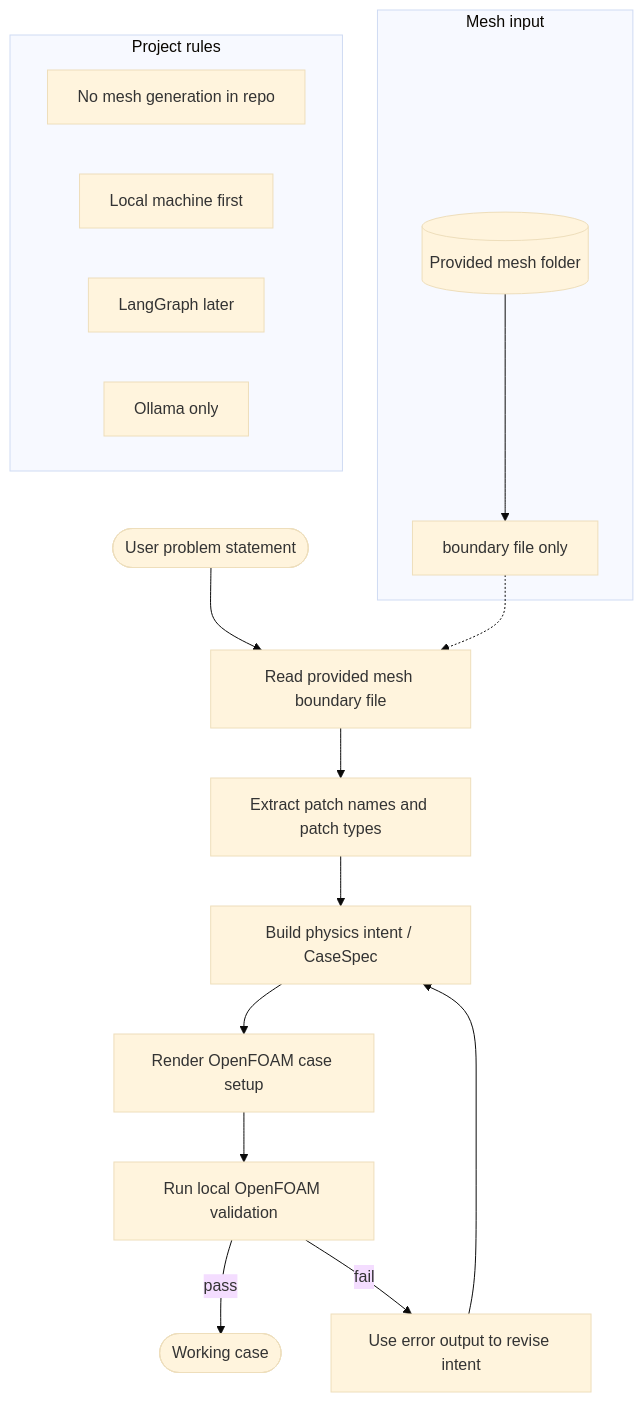
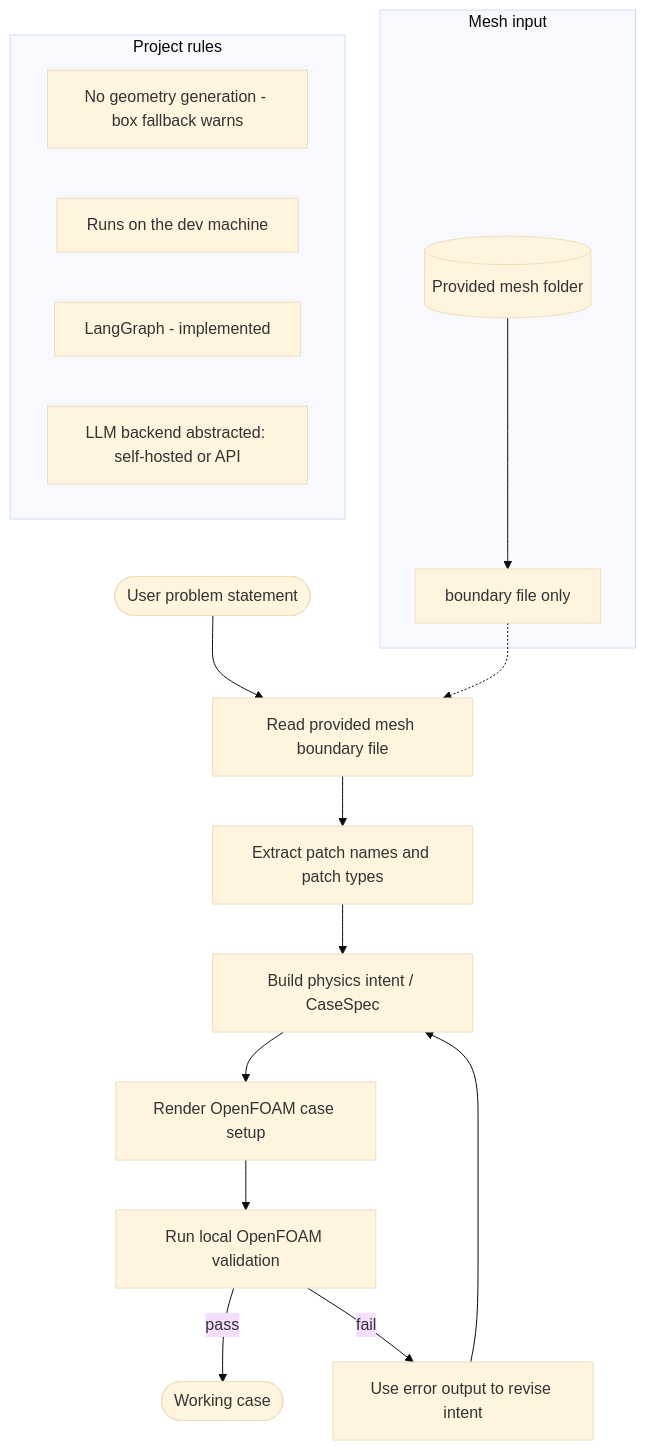
One commit to KarimmYasser/NU-research-intern changed the diagram in docs/guides/new-workflow.md. Above: the diagram before and after it, drawn with Mermaid (base theme). The commit also changed other lines of this file and 56 other files, not shown here.

````diff
--- a/docs/guides/new-workflow.md
+++ b/docs/guides/new-workflow.md
@@ -45,26 +61,26 @@
 ```mermaid
 flowchart TB
 	NL([User problem statement]) --> READ[Read provided mesh boundary file]
 	READ --> PATCH[Extract patch names and patch types]
 	PATCH --> INTENT[Build physics intent / CaseSpec]
 	INTENT --> CASE[Render OpenFOAM case setup]
 	CASE --> RUN[Run local OpenFOAM validation]
 	RUN -->|pass| DONE([Working case])
 	RUN -->|fail| FIX[Use error output to revise intent]
 	FIX --> INTENT
 
 	subgraph Mesh input
 		MESH[(Provided mesh folder)]
 		BOUNDARY[boundary file only]
 		MESH --> BOUNDARY
 	end
 
 	BOUNDARY -.-> READ
 
 	subgraph Project rules
-		R1[No mesh generation in repo]
-		R2[Local machine first]
-		R3[LangGraph later]
-		R4[Ollama only]
+		R1[No geometry generation - box fallback warns]
+		R2[Runs on the dev machine]
+		R3[LangGraph - implemented]
+		R4[LLM backend abstracted: self-hosted or API]
 	end
 ```
````
